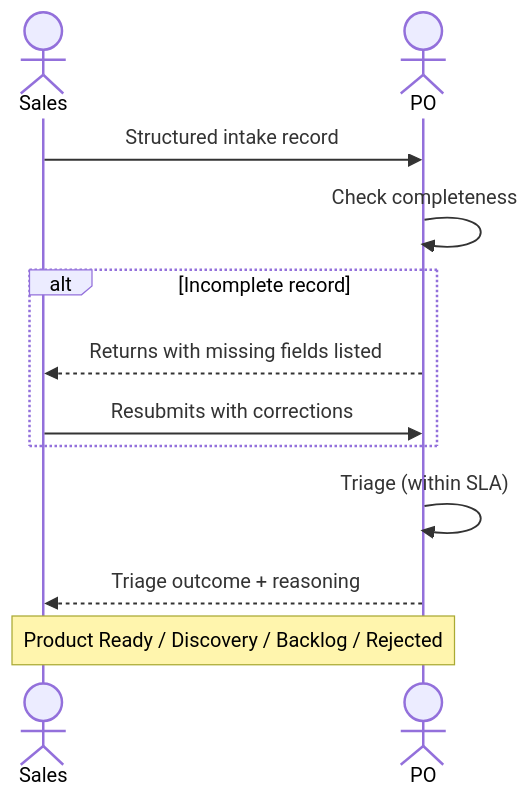
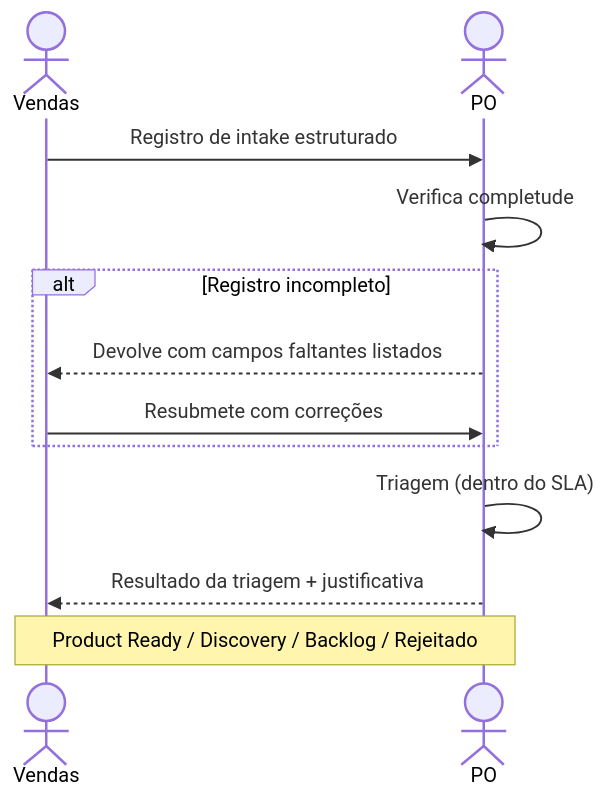
Before and after one commit to hugo-hsbtech/teamwork-process: the diagram in interactions/01-sales-to-po.md, drawn with Mermaid. The commit also changed other lines of this file and 64 other files, not shown here.

````diff
--- a/interactions/01-sales-to-po.md
+++ b/interactions/01-sales-to-po.md
@@ -61,17 +61,17 @@
 ```mermaid
 sequenceDiagram
-    actor S as Sales
+    actor S as Vendas
     actor PO as PO
 
-    S->>PO: Structured intake record
-    PO->>PO: Check completeness
+    S->>PO: Registro de intake estruturado
+    PO->>PO: Verifica completude
 
-    alt Incomplete record
-        PO-->>S: Returns with missing fields listed
-        S->>PO: Resubmits with corrections
+    alt Registro incompleto
+        PO-->>S: Devolve com campos faltantes listados
+        S->>PO: Resubmete com correções
     end
 
-    PO->>PO: Triage (within SLA)
-    PO-->>S: Triage outcome + reasoning
-    Note over S,PO: Product Ready / Discovery / Backlog / Rejected
+    PO->>PO: Triagem (dentro do SLA)
+    PO-->>S: Resultado da triagem + justificativa
+    Note over S,PO: Product Ready / Discovery / Backlog / Rejeitado
 ```
````
